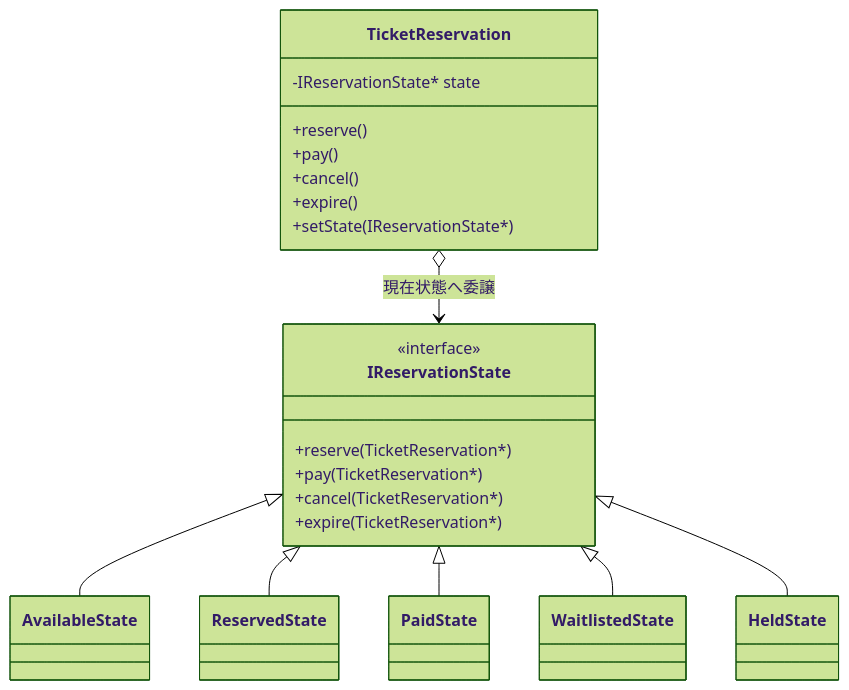
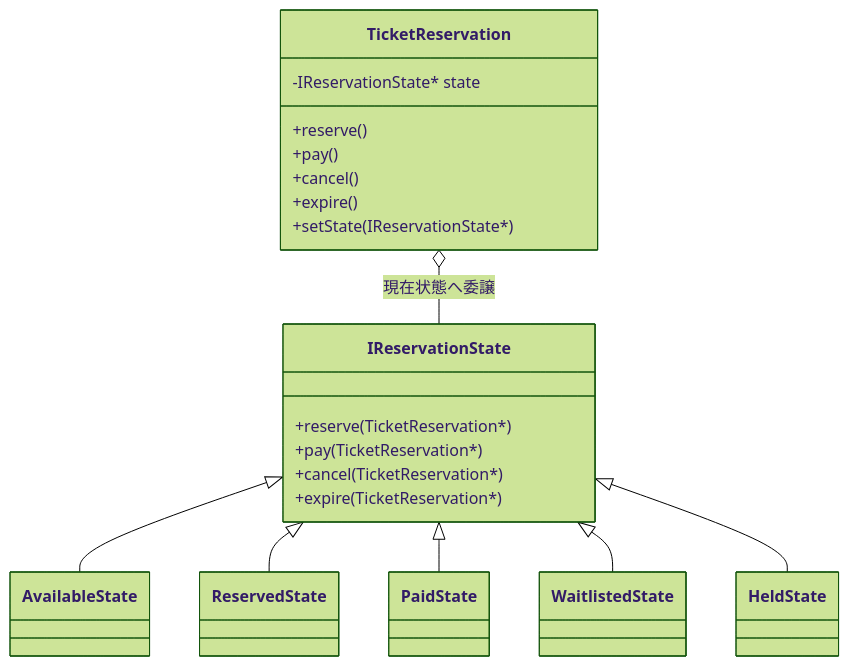
The tenth of 18 diagrams in kindle/design-patterns/books/volume01-core-patterns/output/04-chapter02.md (kumachan1101-pixel/DesignPattern), drawn with Mermaid (forest theme) before and after one commit. The commit also changed other lines of this file and 4 other files, not shown here.

````diff
--- a/kindle/design-patterns/books/volume01-core-patterns/output/04-chapter02.md
+++ b/kindle/design-patterns/books/volume01-core-patterns/output/04-chapter02.md
@@ -2146,30 +2144,29 @@
 ```mermaid
 classDiagram
     direction TB
     class TicketReservation {
         -IReservationState* state
         +reserve()
         +pay()
         +cancel()
         +expire()
         +setState(IReservationState*)
     }
     class IReservationState {
-        <<interface>>
         +reserve(TicketReservation*)
         +pay(TicketReservation*)
         +cancel(TicketReservation*)
         +expire(TicketReservation*)
     }
     class AvailableState
     class ReservedState
     class PaidState
     class WaitlistedState
     class HeldState
-    TicketReservation o--> IReservationState : 現在状態へ委譲
+    TicketReservation o-- IReservationState : 現在状態へ委譲
     IReservationState <|-- AvailableState
     IReservationState <|-- ReservedState
     IReservationState <|-- PaidState
     IReservationState <|-- WaitlistedState
     IReservationState <|-- HeldState
 ```
````
